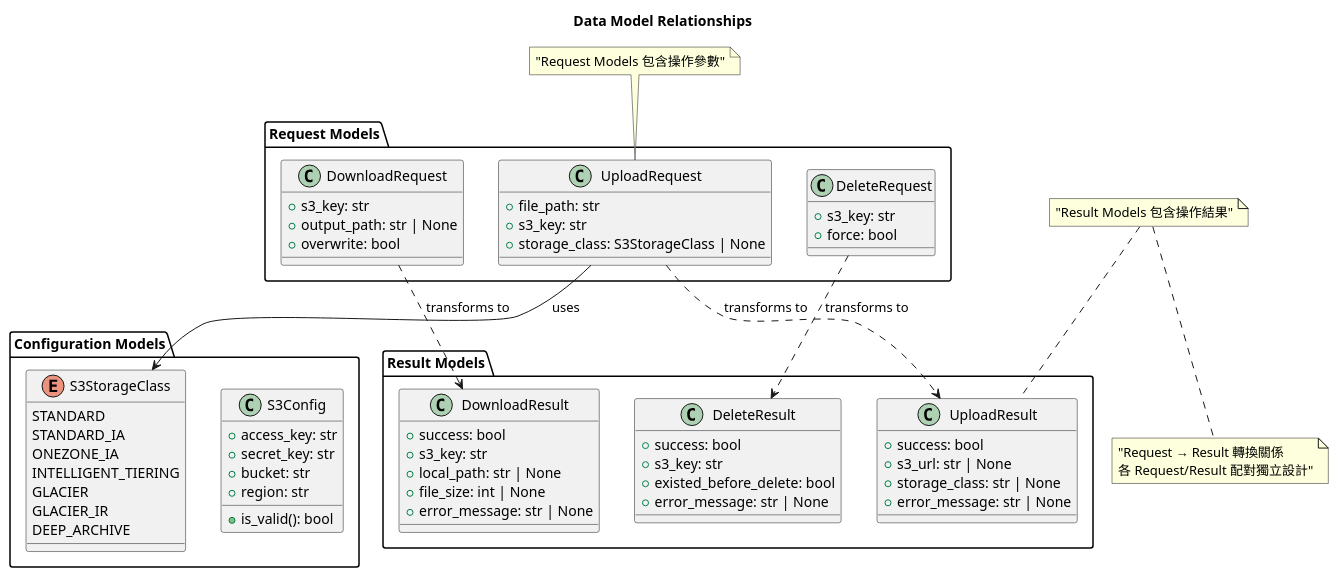
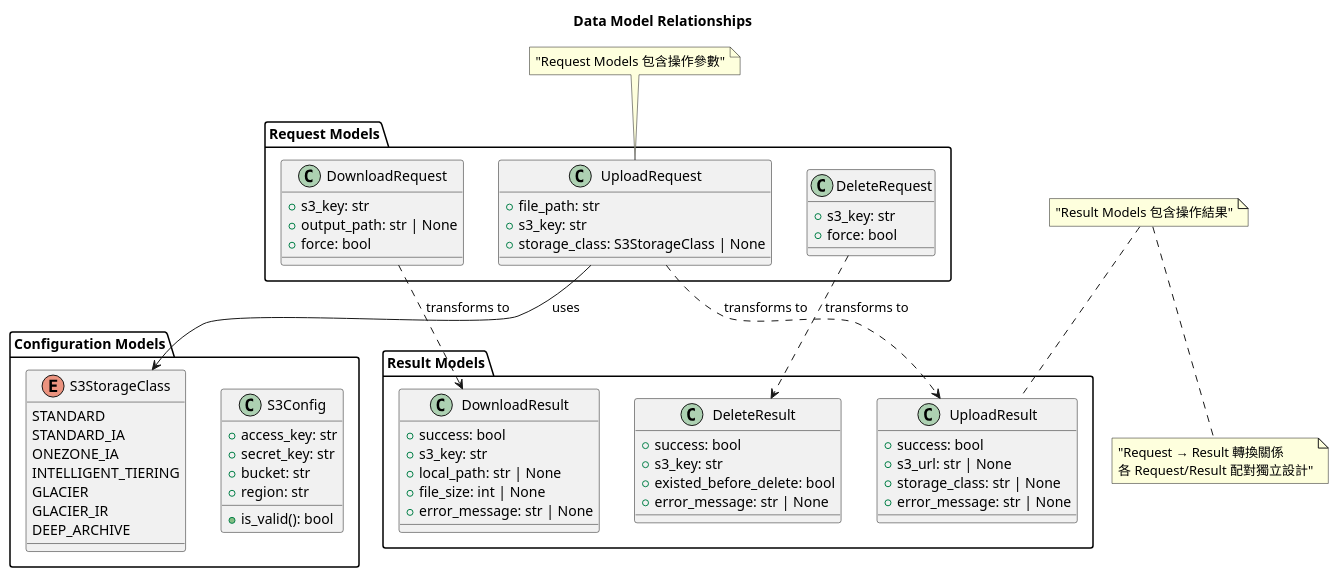
Before and after one commit to FATESAIKOU/CloudStorageSyncer: the first of 2 diagrams in .prompt/02.Issue/03.AddSimpleDownloadAndDelete/01.BasicDesign/02.DataModel.md, drawn with PlantUML. The commit also changed 9 other files, not shown here.

````diff
--- a/.prompt/02.Issue/03.AddSimpleDownloadAndDelete/01.BasicDesign/02.DataModel.md
+++ b/.prompt/02.Issue/03.AddSimpleDownloadAndDelete/01.BasicDesign/02.DataModel.md
@@ -9,79 +9,79 @@
 ```plantuml
 @startuml
 title Data Model Relationships
 
 package "Configuration Models" {
   class S3Config {
     +access_key: str
     +secret_key: str
     +bucket: str
     +region: str
     +is_valid(): bool
   }
 
   enum S3StorageClass {
     STANDARD
     STANDARD_IA
     ONEZONE_IA
     INTELLIGENT_TIERING
     GLACIER
     GLACIER_IR
     DEEP_ARCHIVE
   }
 }
 
 package "Request Models" {
   class UploadRequest {
     +file_path: str
     +s3_key: str
     +storage_class: S3StorageClass | None
   }
 
   class DownloadRequest {
     +s3_key: str
     +output_path: str | None
-    +overwrite: bool
+    +force: bool
   }
 
   class DeleteRequest {
     +s3_key: str
     +force: bool
   }
 }
 
 package "Result Models" {
   class UploadResult {
     +success: bool
     +s3_url: str | None
     +storage_class: str | None
     +error_message: str | None
   }
 
   class DownloadResult {
     +success: bool
     +s3_key: str
     +local_path: str | None
     +file_size: int | None
     +error_message: str | None
   }
 
   class DeleteResult {
     +success: bool
     +s3_key: str
     +existed_before_delete: bool
     +error_message: str | None
   }
 }
 
 ' Model 之間的關係
 UploadRequest --> S3StorageClass : uses
 UploadRequest ..> UploadResult : "transforms to"
 DownloadRequest ..> DownloadResult : "transforms to"
 DeleteRequest ..> DeleteResult : "transforms to"
 
 note top of UploadRequest : "Request Models 包含操作參數"
 note top of UploadResult : "Result Models 包含操作結果"
 note bottom : "Request → Result 轉換關係\n各 Request/Result 配對獨立設計"
 
 @enduml
 ```
````
